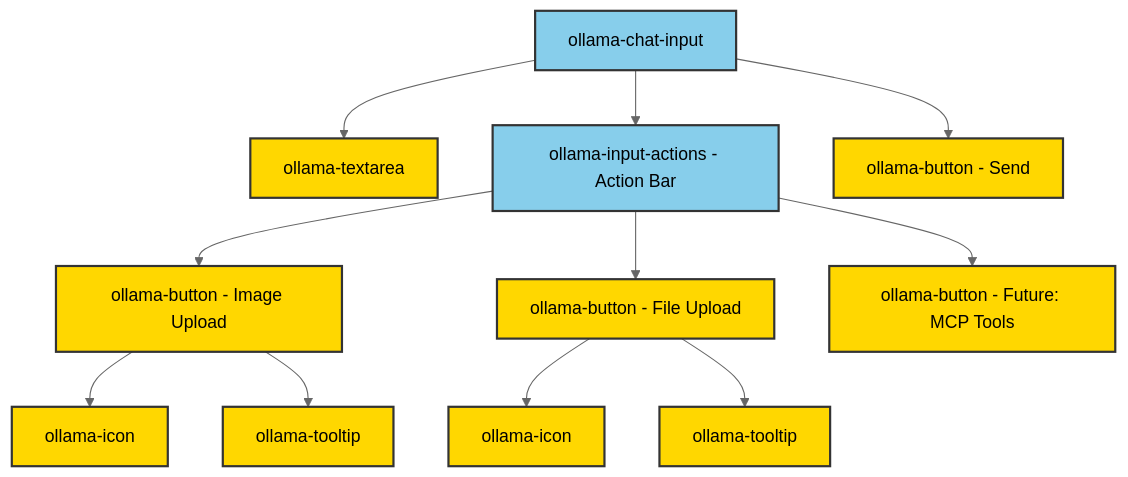
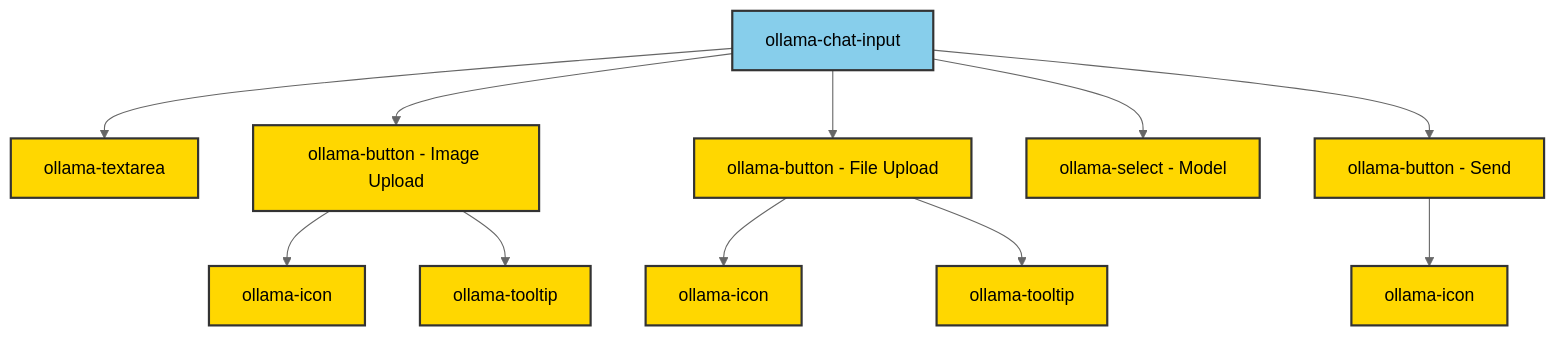
Before and after one commit to Gr8Gatsby/ollama-chat: the ninth of 10 diagrams in docs/development.md, drawn with Mermaid (neutral theme). The commit also changed other lines of this file and 12 other files, not shown here.

````diff
--- a/docs/development.md
+++ b/docs/development.md
@@ -225,21 +272,20 @@
 ```mermaid
 graph TD
     D9[ollama-chat-input] --> D10[ollama-textarea]
-    D9 --> D13[ollama-input-actions - Action Bar]
+    D9 --> D11[ollama-button - Image Upload]
+    D9 --> D14[ollama-button - File Upload]
+    D9 --> D16[ollama-select - Model]
     D9 --> D12[ollama-button - Send]
-    
-    D13 --> D11[ollama-button - Image Upload]
-    D13 --> D14[ollama-button - File Upload]
-    D13 --> D15[ollama-button - Future: MCP Tools]
     
     D11 --> I1[ollama-icon]
     D11 --> I2[ollama-tooltip]
     D14 --> I3[ollama-icon]
     D14 --> I4[ollama-tooltip]
+    D12 --> I5[ollama-icon]
     
     classDef baseComponent fill:#ffd700,stroke:#333,stroke-width:2px
     classDef featureComponent fill:#87ceeb,stroke:#333,stroke-width:2px
     
-    class D9,D13 featureComponent
-    class D10,D11,D12,D14,D15,I1,I2,I3,I4 baseComponent
+    class D9 featureComponent
+    class D10,D11,D12,D14,D16,I1,I2,I3,I4,I5 baseComponent
 ```
````
